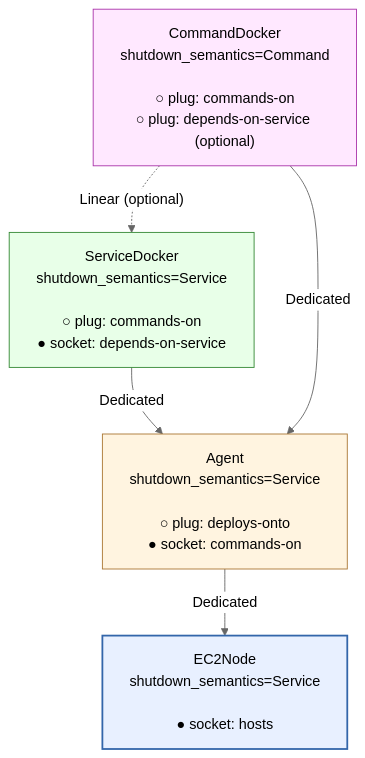
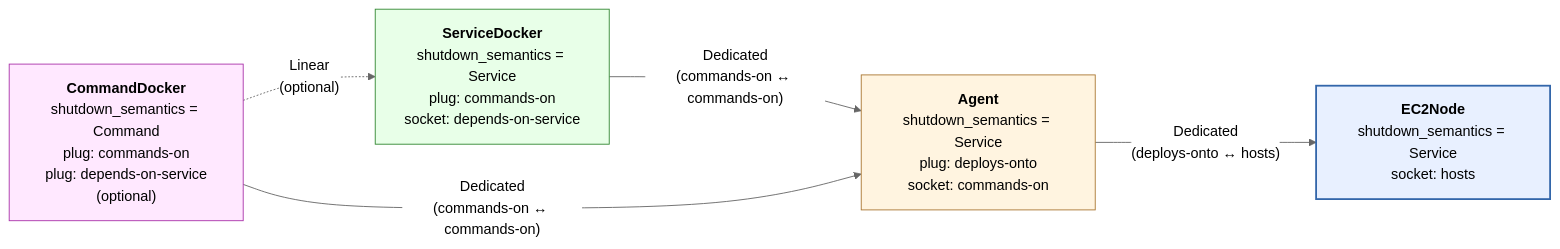
One commit to nosqlbench/hyperplane-rs changed the diagram in docs/design/diagrams/SRD-0102/kinds-wiring.mmd. Above: the diagram before and after it, drawn with Mermaid (neutral theme). The commit also changed 36 other files, not shown here.

Commit message:
diagram fixes

```diff
--- a/docs/design/diagrams/SRD-0102/kinds-wiring.mmd
+++ b/docs/design/diagrams/SRD-0102/kinds-wiring.mmd
@@ -1,21 +1,22 @@
 %% Copyright (c) Jonathan Shook
 %% SPDX-License-Identifier: Apache-2.0
-flowchart TB
-    EC2["EC2Node<br/>shutdown_semantics=Service<br/><br/>● socket: hosts"]
-    AG["Agent<br/>shutdown_semantics=Service<br/><br/>○ plug: deploys-onto<br/>● socket: commands-on"]
-    SVC["ServiceDocker<br/>shutdown_semantics=Service<br/><br/>○ plug: commands-on<br/>● socket: depends-on-service"]
-    CMD["CommandDocker<br/>shutdown_semantics=Command<br/><br/>○ plug: commands-on<br/>○ plug: depends-on-service (optional)"]
+%%{init: {'flowchart': {'nodeSpacing': 50, 'rankSpacing': 80}}}%%
+flowchart LR
+    EC2["<b>EC2Node</b><br/>shutdown_semantics = Service<br/>socket: hosts"]
+    AG["<b>Agent</b><br/>shutdown_semantics = Service<br/>plug: deploys-onto<br/>socket: commands-on"]
+    SVC["<b>ServiceDocker</b><br/>shutdown_semantics = Service<br/>plug: commands-on<br/>socket: depends-on-service"]
+    CMD["<b>CommandDocker</b><br/>shutdown_semantics = Command<br/>plug: commands-on<br/>plug: depends-on-service<br/>(optional)"]
 
-    AG -- "Dedicated" --> EC2
-    SVC -- "Dedicated" --> AG
-    CMD -- "Dedicated" --> AG
-    CMD -. "Linear (optional)" .-> SVC
+    AG -- "Dedicated<br/>(deploys-onto ↔ hosts)" --> EC2
+    SVC -- "Dedicated<br/>(commands-on ↔ commands-on)" --> AG
+    CMD -- "Dedicated<br/>(commands-on ↔ commands-on)" --> AG
+    CMD -. "Linear<br/>(optional)" .-> SVC
 
     classDef infra fill:#e8f0ff,stroke:#3366aa,stroke-width:2px
     classDef agent fill:#fff4e0,stroke:#aa7733
     classDef svc fill:#e8ffe8,stroke:#338833
     classDef cmd fill:#ffe8ff,stroke:#aa33aa
     class EC2 infra
     class AG agent
     class SVC svc
     class CMD cmd
```
